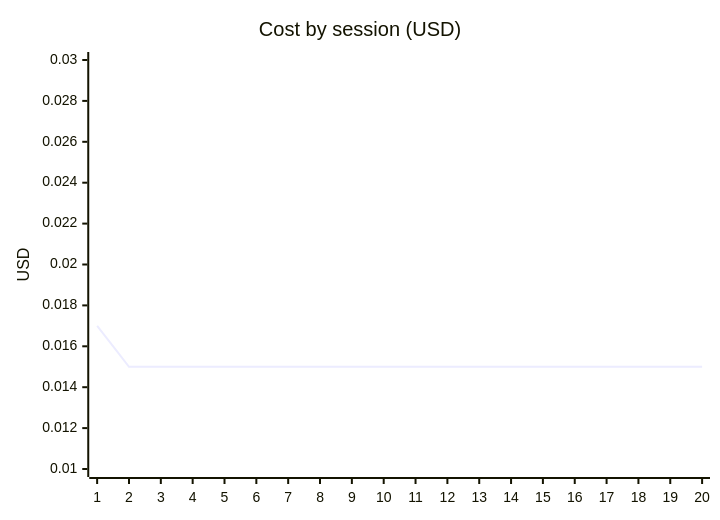
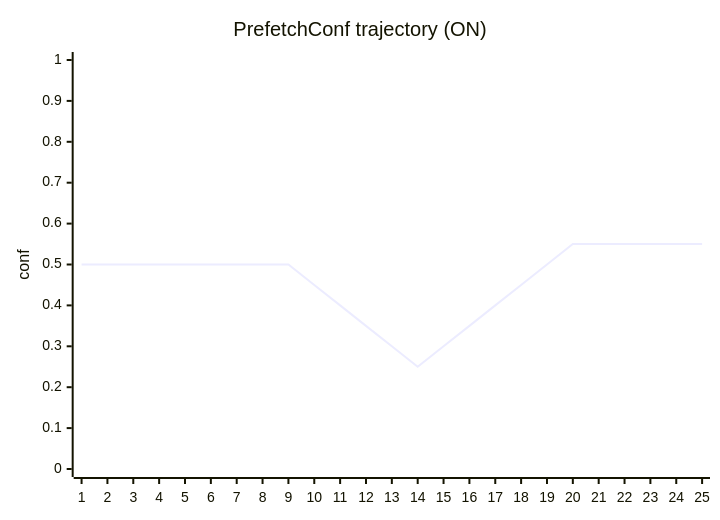
Before and after one commit to Allenllii/semantix: the second of 2 diagrams in docs/reports/agile2-evolution-curve.md, drawn with Mermaid. The commit also changed other lines of this file and 5 other files, not shown here.

````diff
--- a/docs/reports/agile2-evolution-curve.md
+++ b/docs/reports/agile2-evolution-curve.md
@@ -32,7 +43,7 @@
 ```mermaid
 xychart-beta
-  title "Cost by session (USD)"
-  x-axis [1,2,3,4,5,6,7,8,9,10,11,12,13,14,15,16,17,18,19,20]
-  y-axis "USD" 0.01 --> 0.03
-  line [0.017,0.015,0.015,0.015,0.015,0.015,0.015,0.015,0.015,0.015,0.015,0.015,0.015,0.015,0.015,0.015,0.015,0.015,0.015,0.015]
+  title "PrefetchConf trajectory (ON)"
+  x-axis [1,2,3,4,5,6,7,8,9,10,11,12,13,14,15,16,17,18,19,20,21,22,23,24,25]
+  y-axis "conf" 0 --> 1
+  line [0.500,0.500,0.500,0.500,0.500,0.500,0.500,0.500,0.500,0.450,0.400,0.350,0.300,0.250,0.300,0.350,0.400,0.450,0.500,0.550,0.550,0.550,0.550,0.550,0.550]
 ```
````
